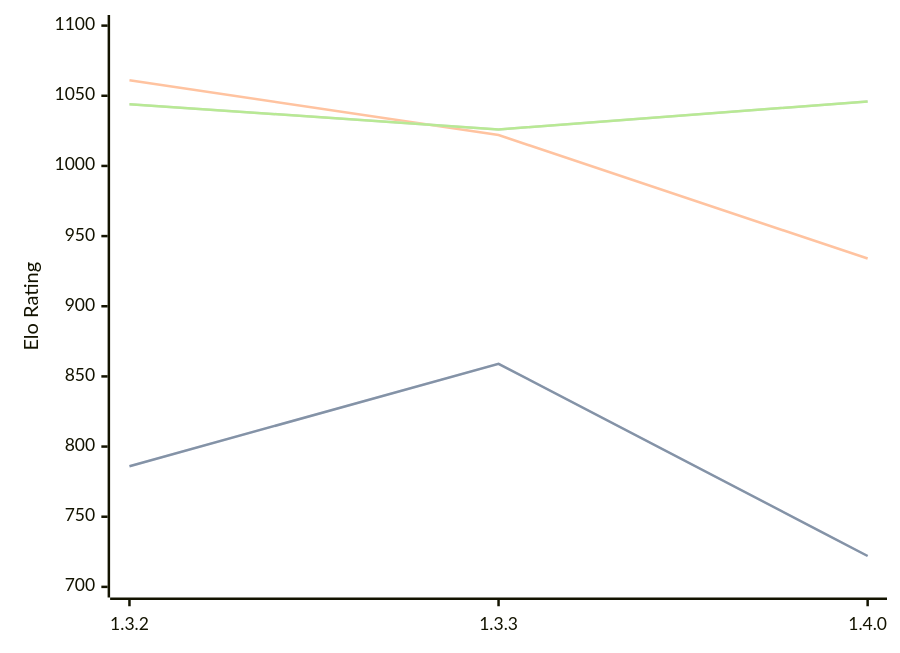
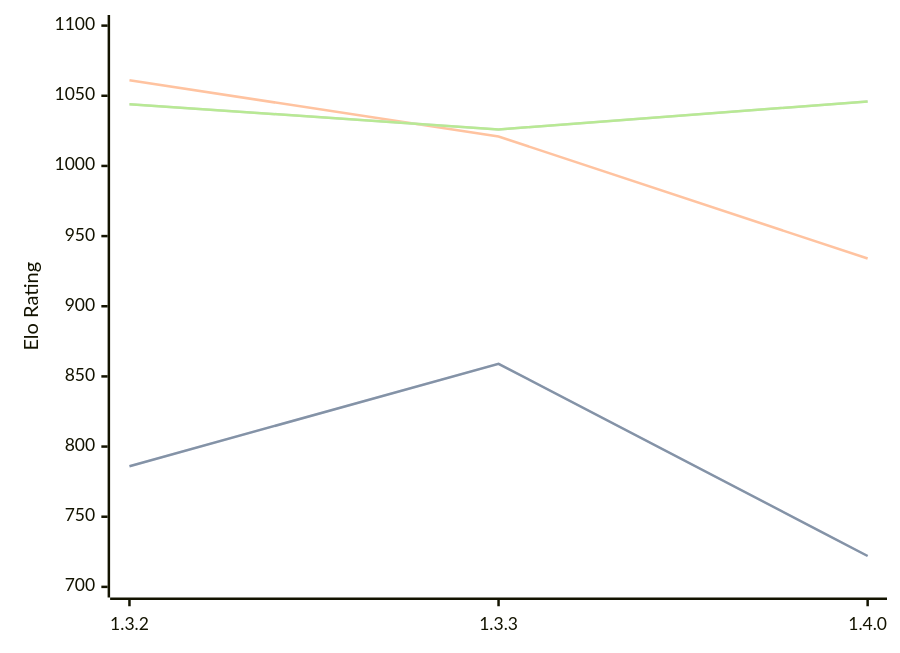
One commit to computer-chess-index/cci changed the diagram in engines/Whitespine.md. Above: the diagram before and after it, drawn with Mermaid. The commit also changed other lines of this file, not shown here.

````diff
--- a/engines/Whitespine.md
+++ b/engines/Whitespine.md
@@ -33,11 +33,11 @@
 ```mermaid
 %%{init: {"theme":"base","themeVariables":{"seriesColors:['#a3a3a3','#222221','#faa371']}}}%%
 xychart-beta
   x-axis ["1.3.2", "1.3.3", "1.4.0"]
   y-axis "Elo Rating" 700 --> 1100
   line "" [786, 859, 722]
   line "STC (8.0+0.08s)" [786, 859, 722]
-  line "LTC (60.0+0.60s)" [1061, 1022, 934]
+  line "LTC (60.0+0.60s)" [1061, 1021, 934]
   line "" [1044, 1026, 1046]
   line "VLTC (2m24s+1.12s)" [1044, 1026, 1046]
 ```
````
